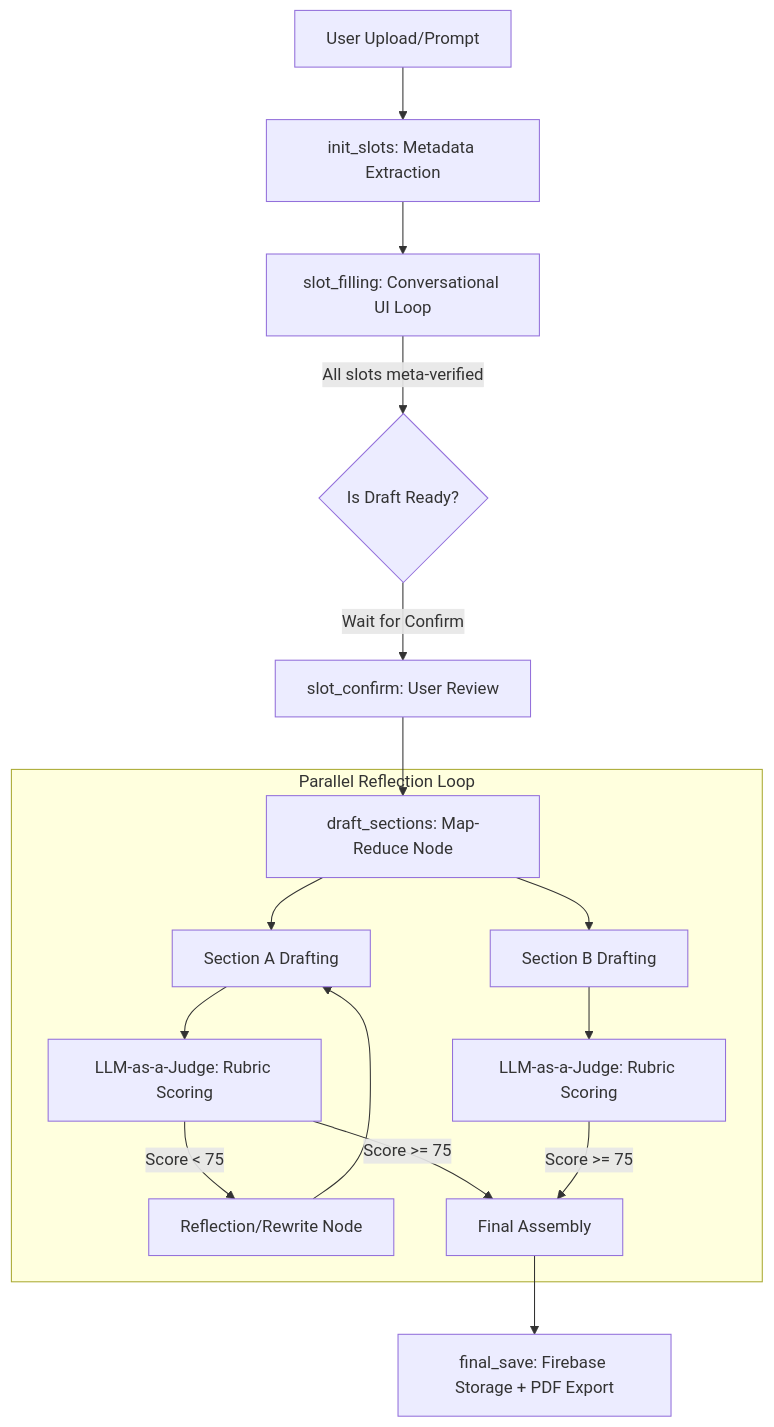
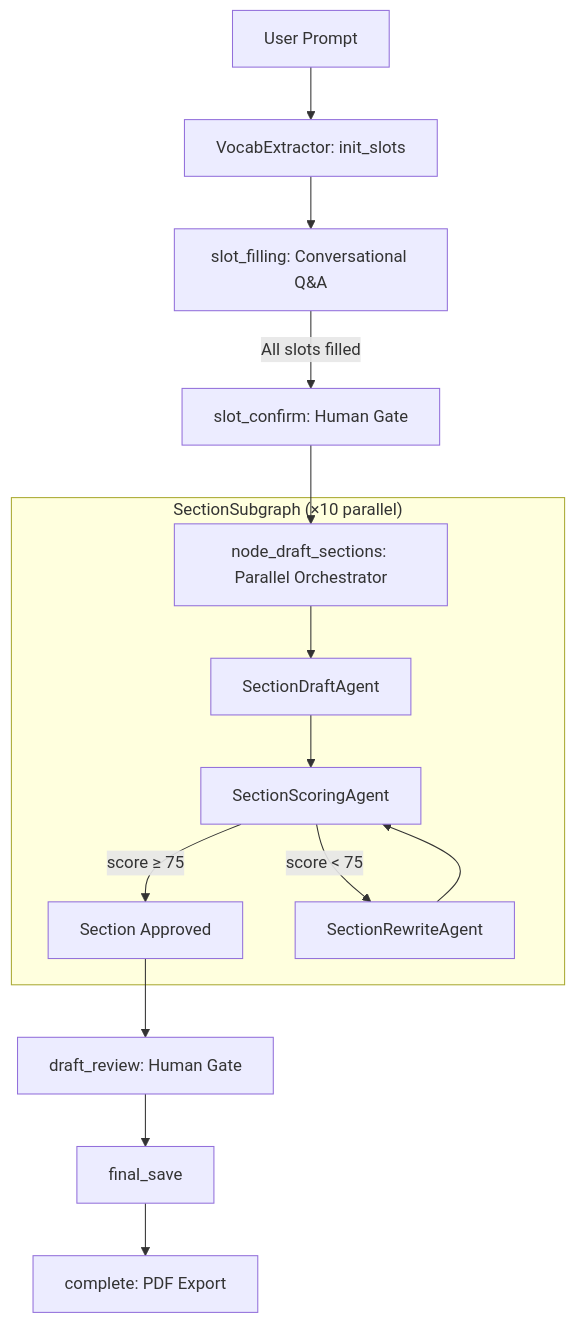
One commit to aarushi211/ImpactLink changed the diagram in README.md. Above: the diagram before and after it, drawn with Mermaid. The commit also changed other lines of this file and 15 other files, not shown here.

````diff
--- a/README.md
+++ b/README.md
@@ -40,21 +86,19 @@
 ```mermaid
 graph TD
-    A[User Upload/Prompt] --> B[init_slots: Metadata Extraction]
-    B --> C[slot_filling: Conversational UI Loop]
-    C -->|All slots meta-verified| D{Is Draft Ready?}
-    D -->|Wait for Confirm| E[slot_confirm: User Review]
-    E --> F[draft_sections: Map-Reduce Node]
-    
-    subgraph "Parallel Reflection Loop"
-        F --> G[Section A Drafting]
-        F --> H[Section B Drafting]
-        G --> I[LLM-as-a-Judge: Rubric Scoring]
-        H --> J[LLM-as-a-Judge: Rubric Scoring]
-        I -->|Score < 75| K[Reflection/Rewrite Node]
-        K --> G
-        I -->|Score >= 75| L[Final Assembly]
-        J -->|Score >= 75| L
+    A[User Prompt] --> B[VocabExtractor: init_slots]
+    B --> C[slot_filling: Conversational Q&A]
+    C -->|All slots filled| D[slot_confirm: Human Gate]
+    D --> E[node_draft_sections: Parallel Orchestrator]
+
+    subgraph "SectionSubgraph (×10 parallel)"
+        E --> F[SectionDraftAgent]
+        F --> G[SectionScoringAgent]
+        G -->|score ≥ 75| H[Section Approved]
+        G -->|score < 75| I[SectionRewriteAgent]
+        I --> G
     end
-    
-    L --> M[final_save: Firebase Storage + PDF Export]
+
+    H --> J[draft_review: Human Gate]
+    J --> K[final_save]
+    K --> L[complete: PDF Export]
 ```
````
